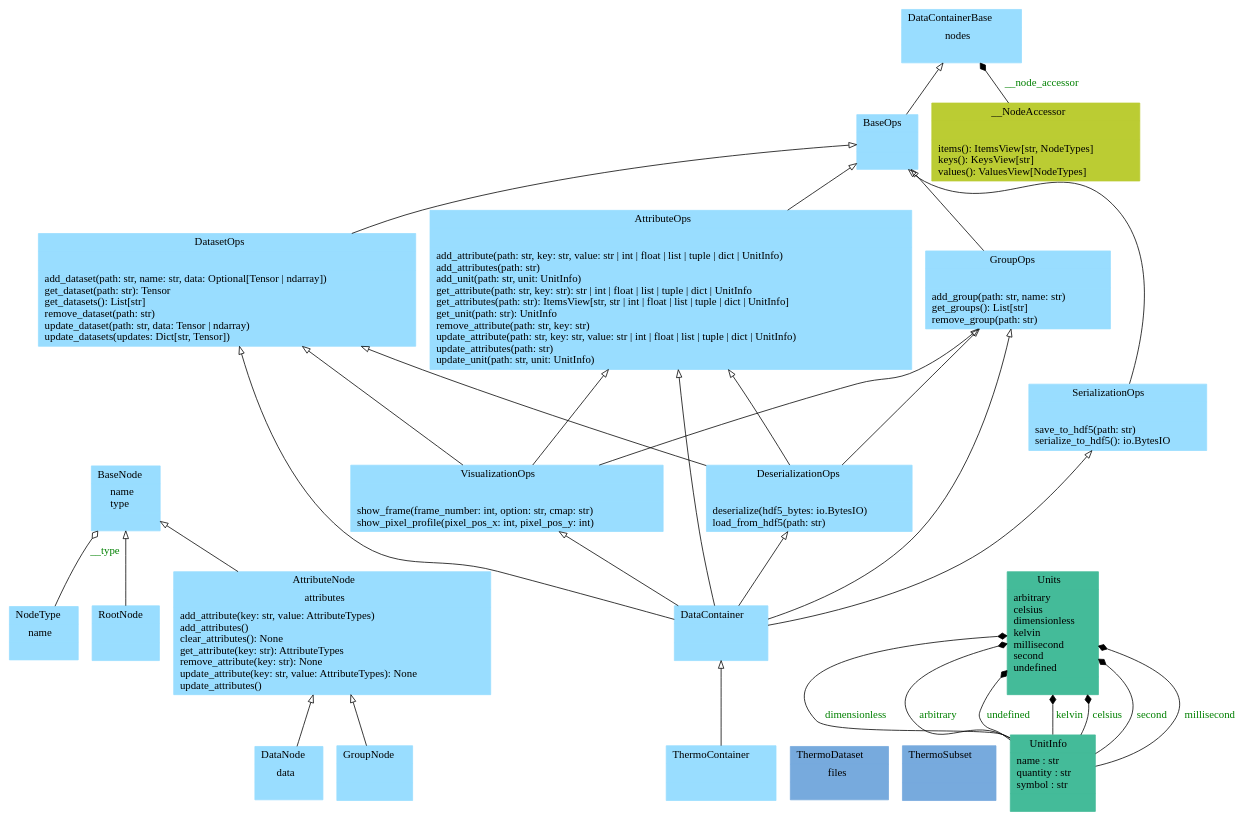
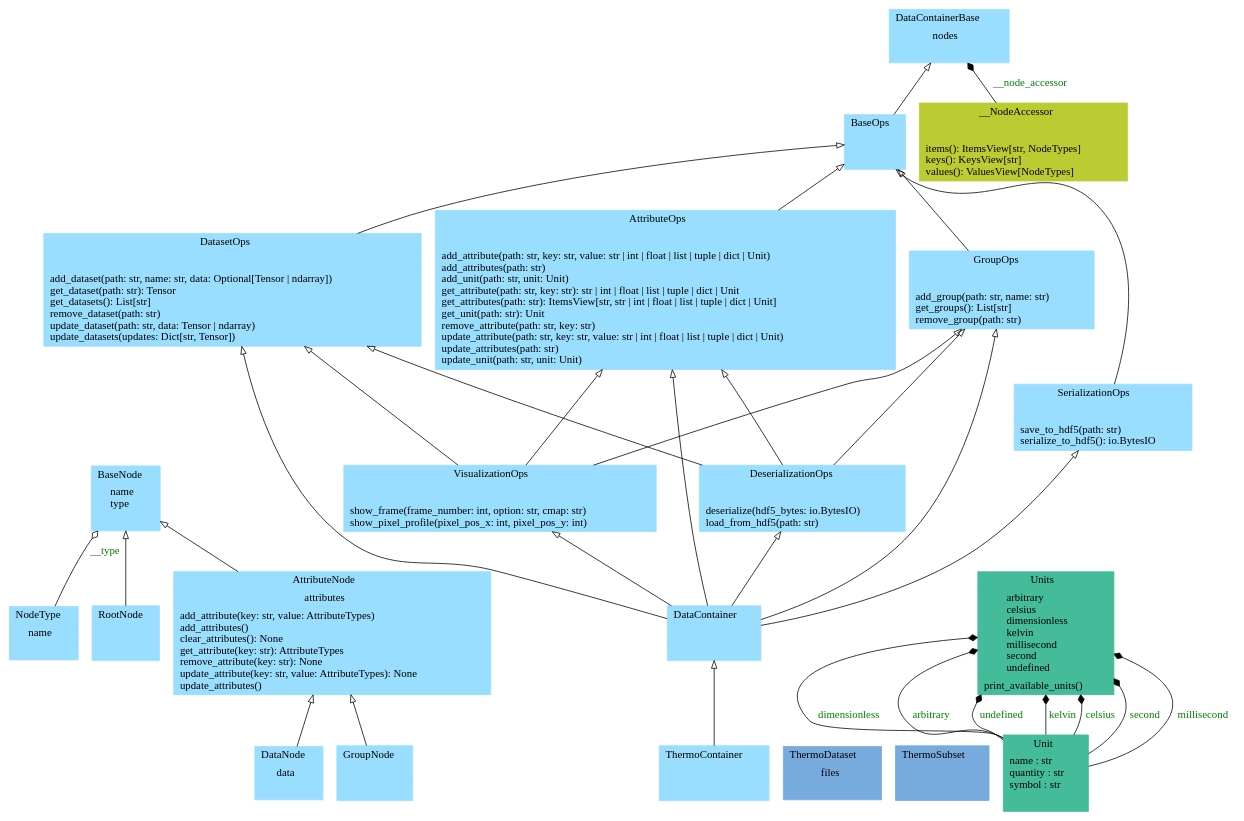
One commit to voidsy-gmbh/pyThermoNDT changed the diagram in docs/pyreverse/classes_pythermondt.data.gv. Above: the diagram before and after it, drawn with Graphviz. The commit also changed 13 other files, not shown here.

Commit message:
Update pyreverse diagrams

```diff
--- a/docs/pyreverse/classes_pythermondt.data.gv
+++ b/docs/pyreverse/classes_pythermondt.data.gv
@@ -1,56 +1,56 @@
 digraph "classes_pythermondt.data" {
 rankdir=BT
 charset="utf-8"
 "pythermondt.data.datacontainer.node.AttributeNode" [color="#99DDFF", fontcolor="black", label=<{AttributeNode|attributes<br ALIGN="LEFT"/>|add_attribute(key: str, value: AttributeTypes)<br ALIGN="LEFT"/>add_attributes()<br ALIGN="LEFT"/>clear_attributes(): None<br ALIGN="LEFT"/>get_attribute(key: str): AttributeTypes<br ALIGN="LEFT"/>remove_attribute(key: str): None<br ALIGN="LEFT"/>update_attribute(key: str, value: AttributeTypes): None<br ALIGN="LEFT"/>update_attributes()<br ALIGN="LEFT"/>}>, shape="record", style="filled"];
-"pythermondt.data.datacontainer.attribute_ops.AttributeOps" [color="#99DDFF", fontcolor="black", label=<{AttributeOps|<br ALIGN="LEFT"/>|add_attribute(path: str, key: str, value: str \| int \| float \| list \| tuple \| dict \| UnitInfo)<br ALIGN="LEFT"/>add_attributes(path: str)<br ALIGN="LEFT"/>add_unit(path: str, unit: UnitInfo)<br ALIGN="LEFT"/>get_attribute(path: str, key: str): str \| int \| float \| list \| tuple \| dict \| UnitInfo<br ALIGN="LEFT"/>get_attributes(path: str): ItemsView[str, str \| int \| float \| list \| tuple \| dict \| UnitInfo]<br ALIGN="LEFT"/>get_unit(path: str): UnitInfo<br ALIGN="LEFT"/>remove_attribute(path: str, key: str)<br ALIGN="LEFT"/>update_attribute(path: str, key: str, value: str \| int \| float \| list \| tuple \| dict \| UnitInfo)<br ALIGN="LEFT"/>update_attributes(path: str)<br ALIGN="LEFT"/>update_unit(path: str, unit: UnitInfo)<br ALIGN="LEFT"/>}>, shape="record", style="filled"];
+"pythermondt.data.datacontainer.attribute_ops.AttributeOps" [color="#99DDFF", fontcolor="black", label=<{AttributeOps|<br ALIGN="LEFT"/>|add_attribute(path: str, key: str, value: str \| int \| float \| list \| tuple \| dict \| Unit)<br ALIGN="LEFT"/>add_attributes(path: str)<br ALIGN="LEFT"/>add_unit(path: str, unit: Unit)<br ALIGN="LEFT"/>get_attribute(path: str, key: str): str \| int \| float \| list \| tuple \| dict \| Unit<br ALIGN="LEFT"/>get_attributes(path: str): ItemsView[str, str \| int \| float \| list \| tuple \| dict \| Unit]<br ALIGN="LEFT"/>get_unit(path: str): Unit<br ALIGN="LEFT"/>remove_attribute(path: str, key: str)<br ALIGN="LEFT"/>update_attribute(path: str, key: str, value: str \| int \| float \| list \| tuple \| dict \| Unit)<br ALIGN="LEFT"/>update_attributes(path: str)<br ALIGN="LEFT"/>update_unit(path: str, unit: Unit)<br ALIGN="LEFT"/>}>, shape="record", style="filled"];
 "pythermondt.data.datacontainer.node.BaseNode" [color="#99DDFF", fontcolor="black", label=<{BaseNode|name<br ALIGN="LEFT"/>type<br ALIGN="LEFT"/>|}>, shape="record", style="filled"];
 "pythermondt.data.datacontainer.base.BaseOps" [color="#99DDFF", fontcolor="black", label=<{BaseOps|<br ALIGN="LEFT"/>|}>, shape="record", style="filled"];
 "pythermondt.data.datacontainer.core.DataContainer" [color="#99DDFF", fontcolor="black", label=<{DataContainer|<br ALIGN="LEFT"/>|}>, shape="record", style="filled"];
 "pythermondt.data.datacontainer.base.DataContainerBase" [color="#99DDFF", fontcolor="black", label=<{DataContainerBase|nodes<br ALIGN="LEFT"/>|}>, shape="record", style="filled"];
 "pythermondt.data.datacontainer.node.DataNode" [color="#99DDFF", fontcolor="black", label=<{DataNode|data<br ALIGN="LEFT"/>|}>, shape="record", style="filled"];
 "pythermondt.data.datacontainer.dataset_ops.DatasetOps" [color="#99DDFF", fontcolor="black", label=<{DatasetOps|<br ALIGN="LEFT"/>|add_dataset(path: str, name: str, data: Optional[Tensor \| ndarray])<br ALIGN="LEFT"/>get_dataset(path: str): Tensor<br ALIGN="LEFT"/>get_datasets(): List[str]<br ALIGN="LEFT"/>remove_dataset(path: str)<br ALIGN="LEFT"/>update_dataset(path: str, data: Tensor \| ndarray)<br ALIGN="LEFT"/>update_datasets(updates: Dict[str, Tensor])<br ALIGN="LEFT"/>}>, shape="record", style="filled"];
 "pythermondt.data.datacontainer.serialization_ops.DeserializationOps" [color="#99DDFF", fontcolor="black", label=<{DeserializationOps|<br ALIGN="LEFT"/>|deserialize(hdf5_bytes: io.BytesIO)<br ALIGN="LEFT"/>load_from_hdf5(path: str)<br ALIGN="LEFT"/>}>, shape="record", style="filled"];
 "pythermondt.data.datacontainer.node.GroupNode" [color="#99DDFF", fontcolor="black", label=<{GroupNode|<br ALIGN="LEFT"/>|}>, shape="record", style="filled"];
 "pythermondt.data.datacontainer.group_ops.GroupOps" [color="#99DDFF", fontcolor="black", label=<{GroupOps|<br ALIGN="LEFT"/>|add_group(path: str, name: str)<br ALIGN="LEFT"/>get_groups(): List[str]<br ALIGN="LEFT"/>remove_group(path: str)<br ALIGN="LEFT"/>}>, shape="record", style="filled"];
 "pythermondt.data.datacontainer.node.NodeType" [color="#99DDFF", fontcolor="black", label=<{NodeType|name<br ALIGN="LEFT"/>|}>, shape="record", style="filled"];
 "pythermondt.data.datacontainer.node.RootNode" [color="#99DDFF", fontcolor="black", label=<{RootNode|<br ALIGN="LEFT"/>|}>, shape="record", style="filled"];
 "pythermondt.data.datacontainer.serialization_ops.SerializationOps" [color="#99DDFF", fontcolor="black", label=<{SerializationOps|<br ALIGN="LEFT"/>|save_to_hdf5(path: str)<br ALIGN="LEFT"/>serialize_to_hdf5(): io.BytesIO<br ALIGN="LEFT"/>}>, shape="record", style="filled"];
 "pythermondt.data.datacontainer.core.ThermoContainer" [color="#99DDFF", fontcolor="black", label=<{ThermoContainer|<br ALIGN="LEFT"/>|}>, shape="record", style="filled"];
 "pythermondt.data.thermo_dataset.ThermoDataset" [color="#77AADD", fontcolor="black", label=<{ThermoDataset|files<br ALIGN="LEFT"/>|}>, shape="record", style="filled"];
 "pythermondt.data.thermo_subset.ThermoSubset" [color="#77AADD", fontcolor="black", label=<{ThermoSubset|<br ALIGN="LEFT"/>|}>, shape="record", style="filled"];
-"pythermondt.data.units.units.UnitInfo" [color="#44BB99", fontcolor="black", label=<{UnitInfo|name : str<br ALIGN="LEFT"/>quantity : str<br ALIGN="LEFT"/>symbol : str<br ALIGN="LEFT"/>|}>, shape="record", style="filled"];
-"pythermondt.data.units.units.Units" [color="#44BB99", fontcolor="black", label=<{Units|arbitrary<br ALIGN="LEFT"/>celsius<br ALIGN="LEFT"/>dimensionless<br ALIGN="LEFT"/>kelvin<br ALIGN="LEFT"/>millisecond<br ALIGN="LEFT"/>second<br ALIGN="LEFT"/>undefined<br ALIGN="LEFT"/>|}>, shape="record", style="filled"];
+"pythermondt.data.units._unit.Unit" [color="#44BB99", fontcolor="black", label=<{Unit|name : str<br ALIGN="LEFT"/>quantity : str<br ALIGN="LEFT"/>symbol : str<br ALIGN="LEFT"/>|}>, shape="record", style="filled"];
+"pythermondt.data.units.units.Units" [color="#44BB99", fontcolor="black", label=<{Units|arbitrary<br ALIGN="LEFT"/>celsius<br ALIGN="LEFT"/>dimensionless<br ALIGN="LEFT"/>kelvin<br ALIGN="LEFT"/>millisecond<br ALIGN="LEFT"/>second<br ALIGN="LEFT"/>undefined<br ALIGN="LEFT"/>|print_available_units()<br ALIGN="LEFT"/>}>, shape="record", style="filled"];
 "pythermondt.data.datacontainer.visualization_ops.VisualizationOps" [color="#99DDFF", fontcolor="black", label=<{VisualizationOps|<br ALIGN="LEFT"/>|show_frame(frame_number: int, option: str, cmap: str)<br ALIGN="LEFT"/>show_pixel_profile(pixel_pos_x: int, pixel_pos_y: int)<br ALIGN="LEFT"/>}>, shape="record", style="filled"];
 "pythermondt.data.datacontainer.base.DataContainerBase.__NodeAccessor" [color="#BBCC33", fontcolor="black", label=<{__NodeAccessor|<br ALIGN="LEFT"/>|items(): ItemsView[str, NodeTypes]<br ALIGN="LEFT"/>keys(): KeysView[str]<br ALIGN="LEFT"/>values(): ValuesView[NodeTypes]<br ALIGN="LEFT"/>}>, shape="record", style="filled"];
 "pythermondt.data.datacontainer.attribute_ops.AttributeOps" -> "pythermondt.data.datacontainer.base.BaseOps" [arrowhead="empty", arrowtail="none"];
 "pythermondt.data.datacontainer.base.BaseOps" -> "pythermondt.data.datacontainer.base.DataContainerBase" [arrowhead="empty", arrowtail="none"];
 "pythermondt.data.datacontainer.core.DataContainer" -> "pythermondt.data.datacontainer.attribute_ops.AttributeOps" [arrowhead="empty", arrowtail="none"];
 "pythermondt.data.datacontainer.core.DataContainer" -> "pythermondt.data.datacontainer.dataset_ops.DatasetOps" [arrowhead="empty", arrowtail="none"];
 "pythermondt.data.datacontainer.core.DataContainer" -> "pythermondt.data.datacontainer.group_ops.GroupOps" [arrowhead="empty", arrowtail="none"];
 "pythermondt.data.datacontainer.core.DataContainer" -> "pythermondt.data.datacontainer.serialization_ops.DeserializationOps" [arrowhead="empty", arrowtail="none"];
 "pythermondt.data.datacontainer.core.DataContainer" -> "pythermondt.data.datacontainer.serialization_ops.SerializationOps" [arrowhead="empty", arrowtail="none"];
 "pythermondt.data.datacontainer.core.DataContainer" -> "pythermondt.data.datacontainer.visualization_ops.VisualizationOps" [arrowhead="empty", arrowtail="none"];
 "pythermondt.data.datacontainer.core.ThermoContainer" -> "pythermondt.data.datacontainer.core.DataContainer" [arrowhead="empty", arrowtail="none"];
 "pythermondt.data.datacontainer.dataset_ops.DatasetOps" -> "pythermondt.data.datacontainer.base.BaseOps" [arrowhead="empty", arrowtail="none"];
 "pythermondt.data.datacontainer.group_ops.GroupOps" -> "pythermondt.data.datacontainer.base.BaseOps" [arrowhead="empty", arrowtail="none"];
 "pythermondt.data.datacontainer.node.AttributeNode" -> "pythermondt.data.datacontainer.node.BaseNode" [arrowhead="empty", arrowtail="none"];
 "pythermondt.data.datacontainer.node.DataNode" -> "pythermondt.data.datacontainer.node.AttributeNode" [arrowhead="empty", arrowtail="none"];
 "pythermondt.data.datacontainer.node.GroupNode" -> "pythermondt.data.datacontainer.node.AttributeNode" [arrowhead="empty", arrowtail="none"];
 "pythermondt.data.datacontainer.node.RootNode" -> "pythermondt.data.datacontainer.node.BaseNode" [arrowhead="empty", arrowtail="none"];
 "pythermondt.data.datacontainer.serialization_ops.DeserializationOps" -> "pythermondt.data.datacontainer.attribute_ops.AttributeOps" [arrowhead="empty", arrowtail="none"];
 "pythermondt.data.datacontainer.serialization_ops.DeserializationOps" -> "pythermondt.data.datacontainer.dataset_ops.DatasetOps" [arrowhead="empty", arrowtail="none"];
 "pythermondt.data.datacontainer.serialization_ops.DeserializationOps" -> "pythermondt.data.datacontainer.group_ops.GroupOps" [arrowhead="empty", arrowtail="none"];
 "pythermondt.data.datacontainer.serialization_ops.SerializationOps" -> "pythermondt.data.datacontainer.base.BaseOps" [arrowhead="empty", arrowtail="none"];
 "pythermondt.data.datacontainer.visualization_ops.VisualizationOps" -> "pythermondt.data.datacontainer.attribute_ops.AttributeOps" [arrowhead="empty", arrowtail="none"];
 "pythermondt.data.datacontainer.visualization_ops.VisualizationOps" -> "pythermondt.data.datacontainer.dataset_ops.DatasetOps" [arrowhead="empty", arrowtail="none"];
 "pythermondt.data.datacontainer.visualization_ops.VisualizationOps" -> "pythermondt.data.datacontainer.group_ops.GroupOps" [arrowhead="empty", arrowtail="none"];
 "pythermondt.data.datacontainer.base.DataContainerBase.__NodeAccessor" -> "pythermondt.data.datacontainer.base.DataContainerBase" [arrowhead="diamond", arrowtail="none", fontcolor="green", label="__node_accessor", style="solid"];
-"pythermondt.data.units.units.UnitInfo" -> "pythermondt.data.units.units.Units" [arrowhead="diamond", arrowtail="none", fontcolor="green", label="dimensionless", style="solid"];
-"pythermondt.data.units.units.UnitInfo" -> "pythermondt.data.units.units.Units" [arrowhead="diamond", arrowtail="none", fontcolor="green", label="arbitrary", style="solid"];
-"pythermondt.data.units.units.UnitInfo" -> "pythermondt.data.units.units.Units" [arrowhead="diamond", arrowtail="none", fontcolor="green", label="undefined", style="solid"];
-"pythermondt.data.units.units.UnitInfo" -> "pythermondt.data.units.units.Units" [arrowhead="diamond", arrowtail="none", fontcolor="green", label="kelvin", style="solid"];
-"pythermondt.data.units.units.UnitInfo" -> "pythermondt.data.units.units.Units" [arrowhead="diamond", arrowtail="none", fontcolor="green", label="celsius", style="solid"];
-"pythermondt.data.units.units.UnitInfo" -> "pythermondt.data.units.units.Units" [arrowhead="diamond", arrowtail="none", fontcolor="green", label="second", style="solid"];
-"pythermondt.data.units.units.UnitInfo" -> "pythermondt.data.units.units.Units" [arrowhead="diamond", arrowtail="none", fontcolor="green", label="millisecond", style="solid"];
+"pythermondt.data.units._unit.Unit" -> "pythermondt.data.units.units.Units" [arrowhead="diamond", arrowtail="none", fontcolor="green", label="dimensionless", style="solid"];
+"pythermondt.data.units._unit.Unit" -> "pythermondt.data.units.units.Units" [arrowhead="diamond", arrowtail="none", fontcolor="green", label="arbitrary", style="solid"];
+"pythermondt.data.units._unit.Unit" -> "pythermondt.data.units.units.Units" [arrowhead="diamond", arrowtail="none", fontcolor="green", label="undefined", style="solid"];
+"pythermondt.data.units._unit.Unit" -> "pythermondt.data.units.units.Units" [arrowhead="diamond", arrowtail="none", fontcolor="green", label="kelvin", style="solid"];
+"pythermondt.data.units._unit.Unit" -> "pythermondt.data.units.units.Units" [arrowhead="diamond", arrowtail="none", fontcolor="green", label="celsius", style="solid"];
+"pythermondt.data.units._unit.Unit" -> "pythermondt.data.units.units.Units" [arrowhead="diamond", arrowtail="none", fontcolor="green", label="second", style="solid"];
+"pythermondt.data.units._unit.Unit" -> "pythermondt.data.units.units.Units" [arrowhead="diamond", arrowtail="none", fontcolor="green", label="millisecond", style="solid"];
 "pythermondt.data.datacontainer.node.NodeType" -> "pythermondt.data.datacontainer.node.BaseNode" [arrowhead="odiamond", arrowtail="none", fontcolor="green", label="__type", style="solid"];
 }
```
